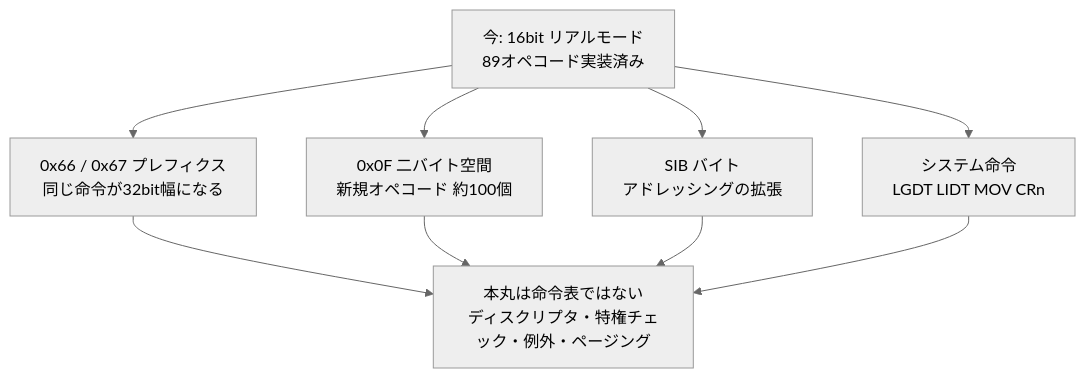
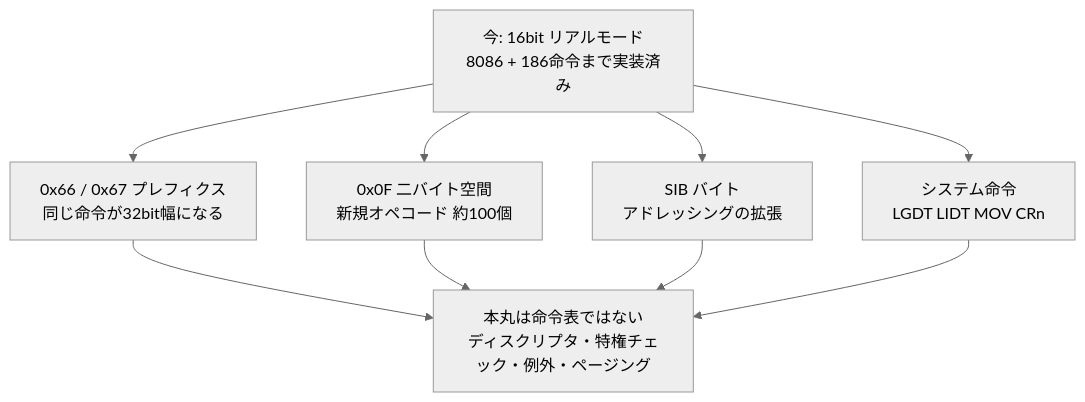
Before and after one commit to yoshiharu-ishii/rustx86: the fourth of 5 diagrams in docs/architecture.md, drawn with Mermaid (neutral theme). The commit also changed other lines of this file and 8 other files, not shown here.

````diff
--- a/docs/architecture.md
+++ b/docs/architecture.md
@@ -139,8 +147,8 @@
 ```mermaid
 flowchart TB
-    A["今: 16bit リアルモード<br>89オペコード実装済み"] --> B["0x66 / 0x67 プレフィクス<br>同じ命令が32bit幅になる"]
+    A["今: 16bit リアルモード<br>8086 + 186命令まで実装済み"] --> B["0x66 / 0x67 プレフィクス<br>同じ命令が32bit幅になる"]
     A --> C["0x0F 二バイト空間<br>新規オペコード 約100個"]
     A --> D["SIB バイト<br>アドレッシングの拡張"]
     A --> E["システム命令<br>LGDT LIDT MOV CRn"]
     B & C & D & E --> F["本丸は命令表ではない<br>ディスクリプタ・特権チェック・例外・ページング"]
 ```
````
